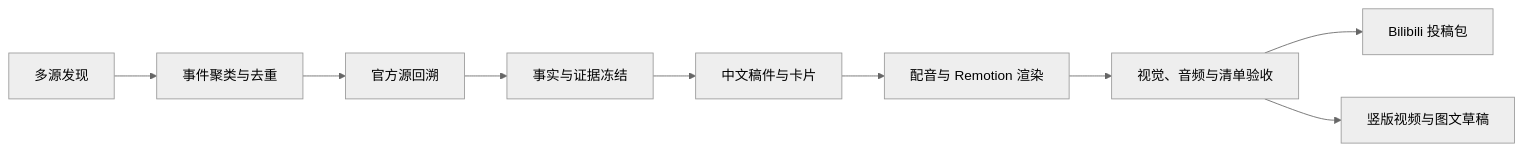
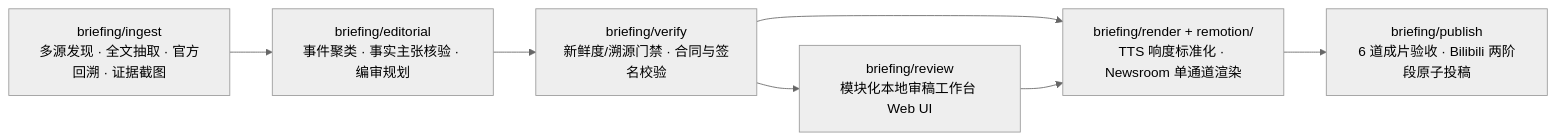
One commit to STARDUSTLC666/ai-daily-briefing changed the diagram in README.md. Above: the diagram before and after it, drawn with Mermaid (neutral theme). The commit also changed other lines of this file and 182 other files, not shown here.

Commit message:
refactor!: modularize v0.2 layered pipeline, unified CLI, review workbench and Editorial Newsroom studio

````diff
--- a/README.md
+++ b/README.md
@@ -28,11 +19,9 @@
 ```mermaid
 flowchart LR
-    A["多源发现"] --> B["事件聚类与去重"]
-    B --> C["官方源回溯"]
-    C --> D["事实与证据冻结"]
-    D --> E["中文稿件与卡片"]
-    E --> F["配音与 Remotion 渲染"]
-    F --> G["视觉、音频与清单验收"]
-    G --> H["Bilibili 投稿包"]
-    G --> I["竖版视频与图文草稿"]
+    A["briefing/ingest<br/>多源发现 · 全文抽取 · 官方回溯 · 证据截图"] --> B["briefing/editorial<br/>事件聚类 · 事实主张核验 · 编审规划"]
+    B --> C["briefing/verify<br/>新鲜度/溯源门禁 · 合同与签名校验"]
+    C --> D["briefing/review<br/>模块化本地审稿工作台 Web UI"]
+    C --> E["briefing/render + remotion/<br/>TTS 响度标准化 · Newsroom 单通道渲染"]
+    D --> E
+    E --> F["briefing/publish<br/>6 道成片验收 · Bilibili 两阶段原子投稿"]
 ```
````
